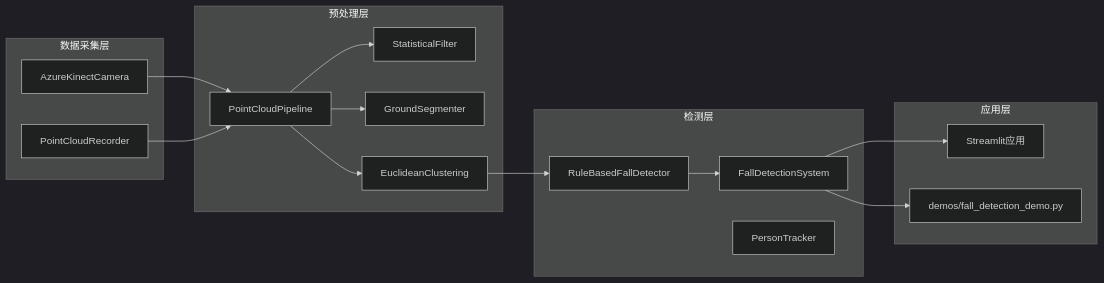
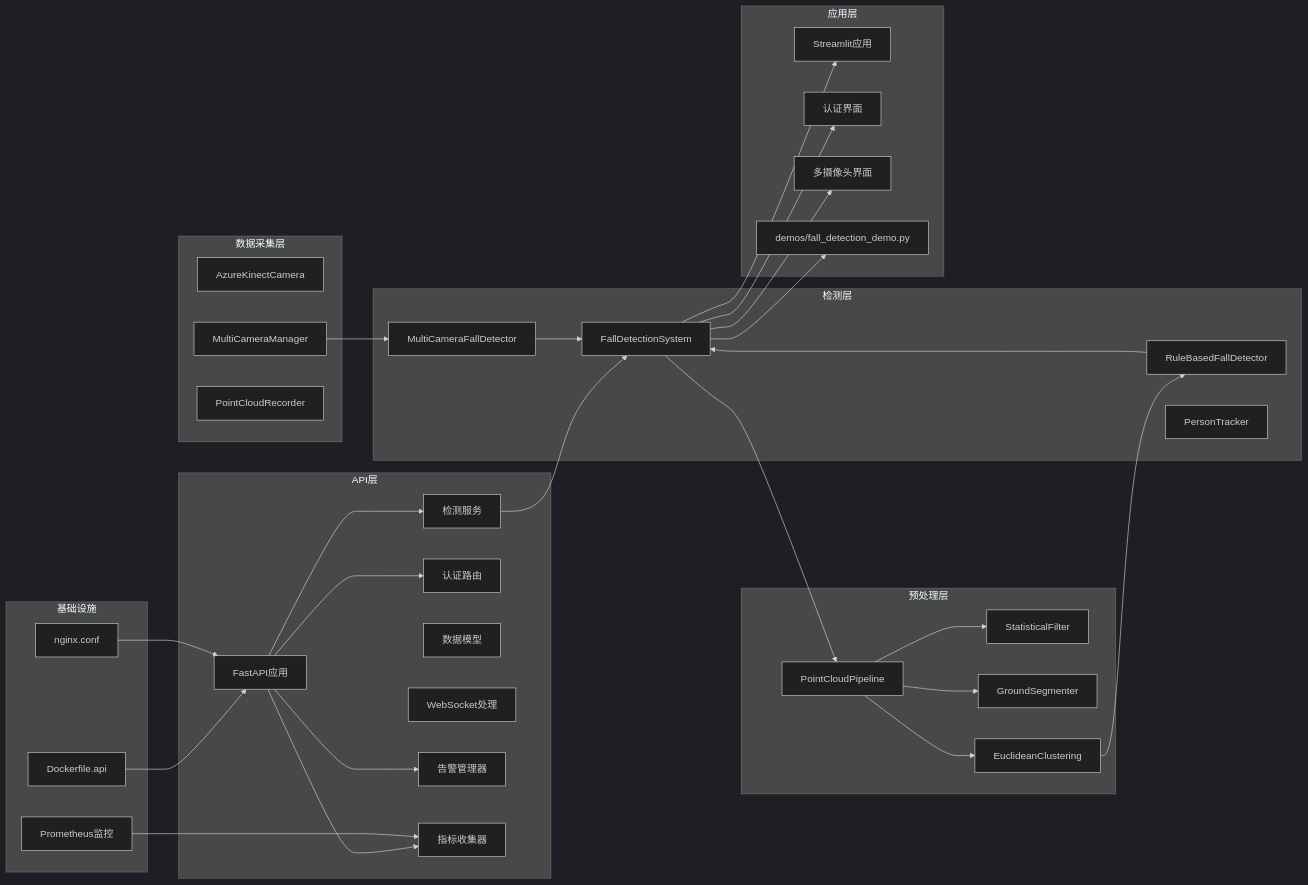
One commit to nanfeng2021/fall-detection-system changed the fourth of 6 diagrams in .qoder/repowiki/zh/content/API参考文档/API参考文档.md. Above: the diagram before and after it, drawn with Mermaid (dark theme). The commit also changed other lines of this file and 16 other files, not shown here.

````diff
--- a/.qoder/repowiki/zh/content/API参考文档/API参考文档.md
+++ b/.qoder/repowiki/zh/content/API参考文档/API参考文档.md
@@ -377,31 +781,60 @@
 ```mermaid
 graph LR
+subgraph "API层"
+FastAPI[FastAPI应用]
+DetectionService[检测服务]
+AuthRoutes[认证路由]
+Models[数据模型]
+WebSocket[WebSocket处理]
+Alerter[告警管理器]
+Metrics[指标收集器]
+end
 subgraph "数据采集层"
 AK[AzureKinectCamera]
+MultiCamera[MultiCameraManager]
 Recorder[PointCloudRecorder]
 end
 subgraph "预处理层"
 Pipeline[PointCloudPipeline]
 Filter[StatisticalFilter]
 Segmentation[GroundSegmenter]
 Clustering[EuclideanClustering]
 end
 subgraph "检测层"
 Detector[FallDetectionSystem]
 Rules[RuleBasedFallDetector]
 Tracker[PersonTracker]
+MultiCameraDetector[MultiCameraFallDetector]
 end
 subgraph "应用层"
 StreamlitApp[Streamlit应用]
+AuthUI[认证界面]
+MultiCamUI[多摄像头界面]
 Demo[demos/fall_detection_demo.py]
 end
-AK --> Pipeline
-Recorder --> Pipeline
+subgraph "基础设施"
+Docker[Dockerfile.api]
+Nginx[nginx.conf]
+Prometheus[Prometheus监控]
+end
+FastAPI --> DetectionService
+FastAPI --> AuthRoutes
+FastAPI --> Alerter
+FastAPI --> Metrics
+DetectionService --> Detector
+Detector --> Pipeline
 Pipeline --> Filter
 Pipeline --> Segmentation
 Pipeline --> Clustering
 Clustering --> Rules
 Rules --> Detector
+MultiCamera --> MultiCameraDetector
+MultiCameraDetector --> Detector
 Detector --> StreamlitApp
+Detector --> AuthUI
+Detector --> MultiCamUI
 Detector --> Demo
+Docker --> FastAPI
+Nginx --> FastAPI
+Prometheus --> Metrics
 ```
````
